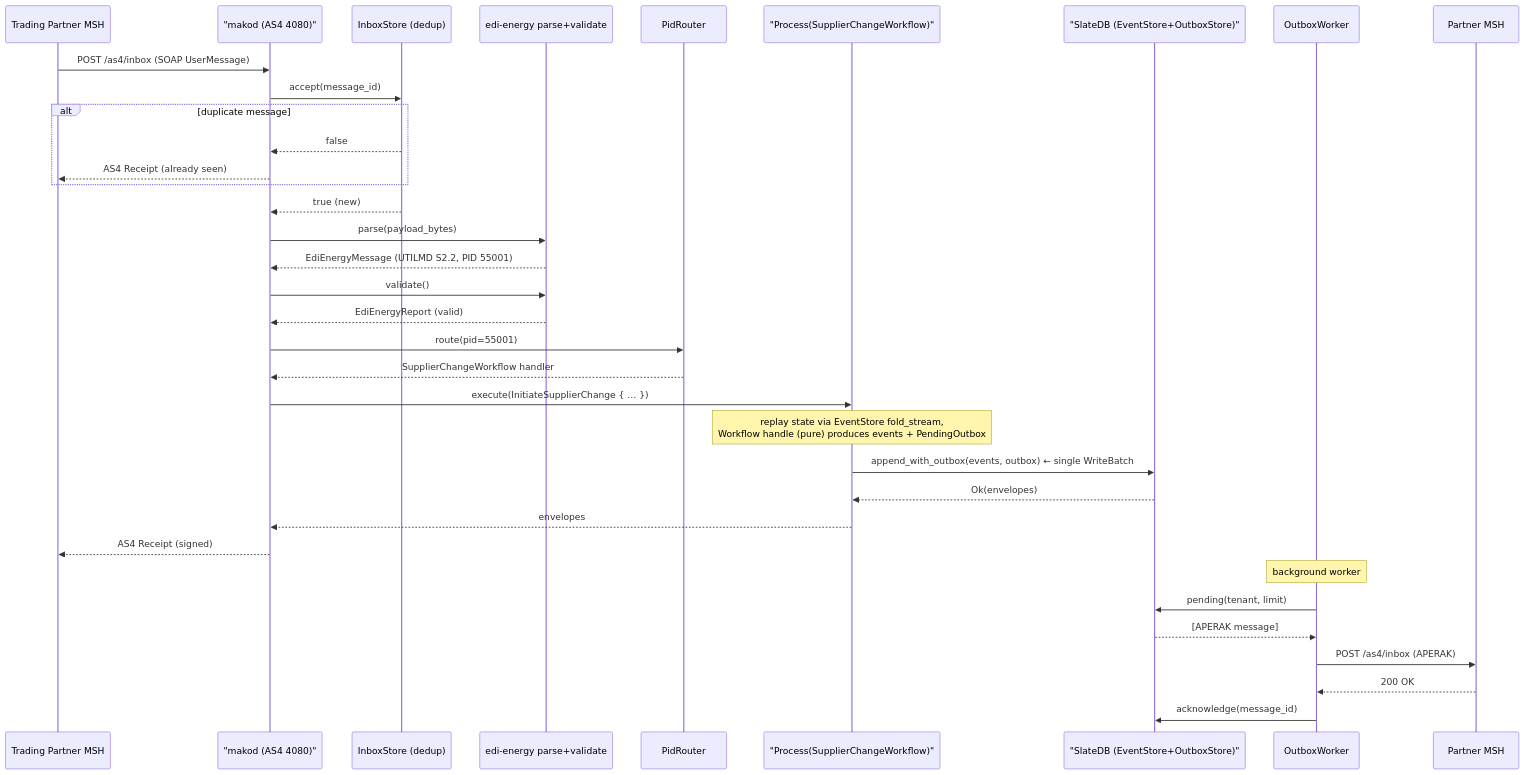
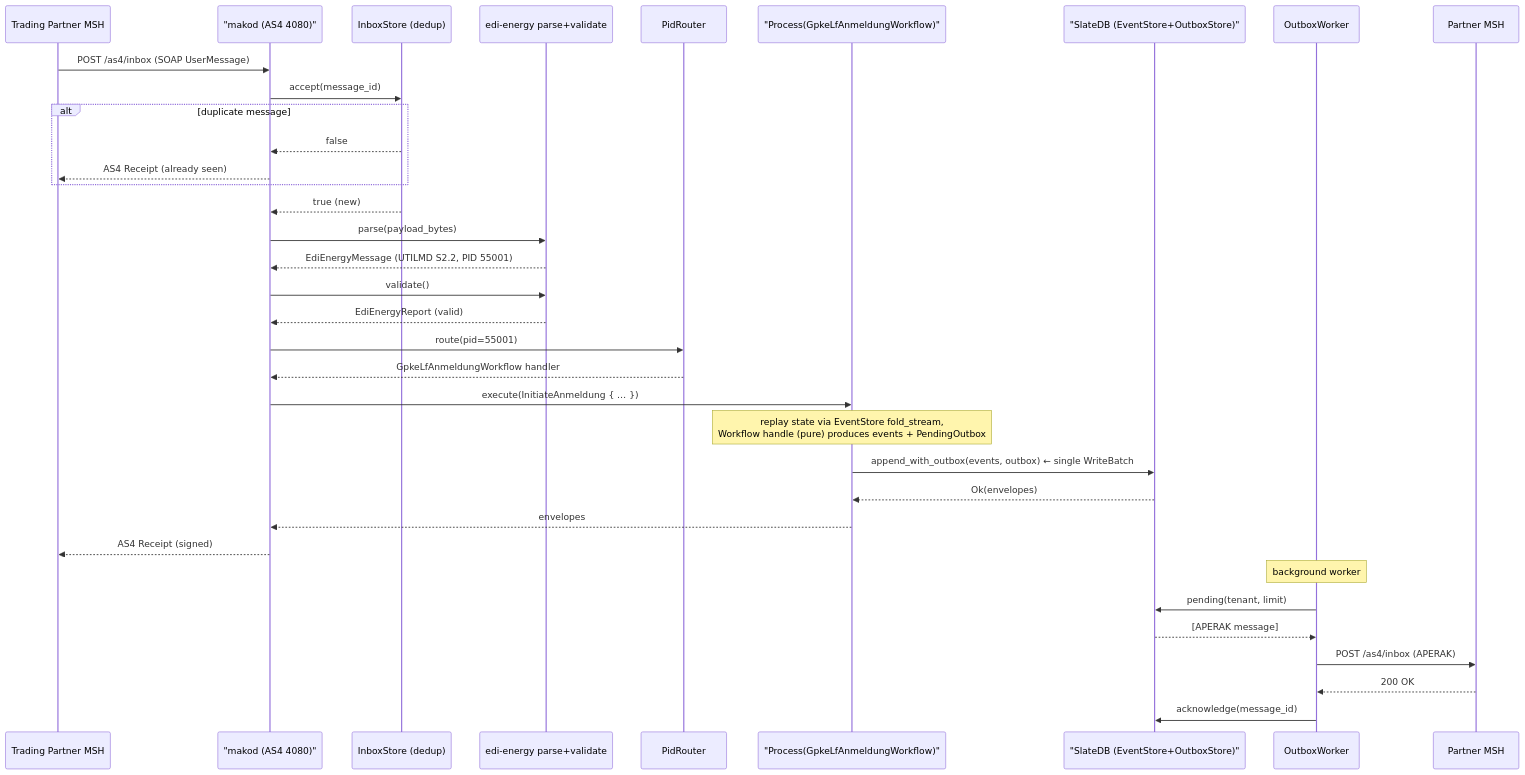
The second of 3 diagrams in docs/getting-started.md (hupe1980/mako), drawn with Mermaid before and after one commit. The commit also changed other lines of this file and 129 other files, not shown here.

````diff
--- a/docs/getting-started.md
+++ b/docs/getting-started.md
@@ -227,38 +228,38 @@
 ```mermaid
 sequenceDiagram
     participant MSH as Trading Partner MSH
     participant makod as "makod (AS4 4080)"
     participant inbox as InboxStore (dedup)
     participant parse as edi-energy parse+validate
     participant router as PidRouter
-    participant process as "Process(SupplierChangeWorkflow)"
+    participant process as "Process(GpkeLfAnmeldungWorkflow)"
     participant store as "SlateDB (EventStore+OutboxStore)"
     participant outbox as OutboxWorker
     participant partner as Partner MSH
 
     MSH->>makod: POST /as4/inbox (SOAP UserMessage)
     makod->>inbox: accept(message_id)
     alt duplicate message
         inbox-->>makod: false
         makod-->>MSH: AS4 Receipt (already seen)
     end
     inbox-->>makod: true (new)
     makod->>parse: parse(payload_bytes)
     parse-->>makod: EdiEnergyMessage (UTILMD S2.2, PID 55001)
     makod->>parse: validate()
     parse-->>makod: EdiEnergyReport (valid)
     makod->>router: route(pid=55001)
-    router-->>makod: SupplierChangeWorkflow handler
-    makod->>process: execute(InitiateSupplierChange { … })
+    router-->>makod: GpkeLfAnmeldungWorkflow handler
+    makod->>process: execute(InitiateAnmeldung { … })
     Note over process: replay state via EventStore fold_stream,<br/>Workflow handle (pure) produces events + PendingOutbox
     process->>store: append_with_outbox(events, outbox) ← single WriteBatch
     store-->>process: Ok(envelopes)
     process-->>makod: envelopes
     makod-->>MSH: AS4 Receipt (signed)
     Note over outbox: background worker
     outbox->>store: pending(tenant, limit)
     store-->>outbox: [APERAK message]
     outbox->>partner: POST /as4/inbox (APERAK)
     partner-->>outbox: 200 OK
     outbox->>store: acknowledge(message_id)
 ```
````
